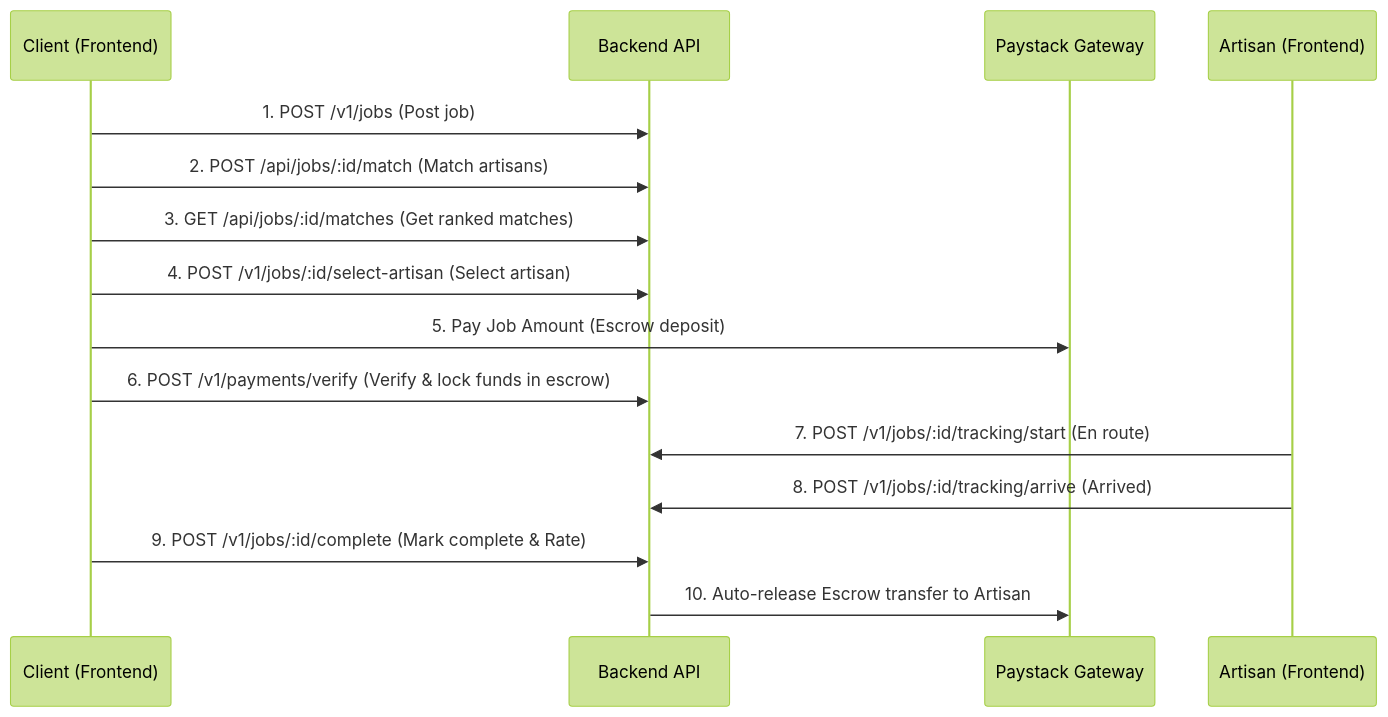
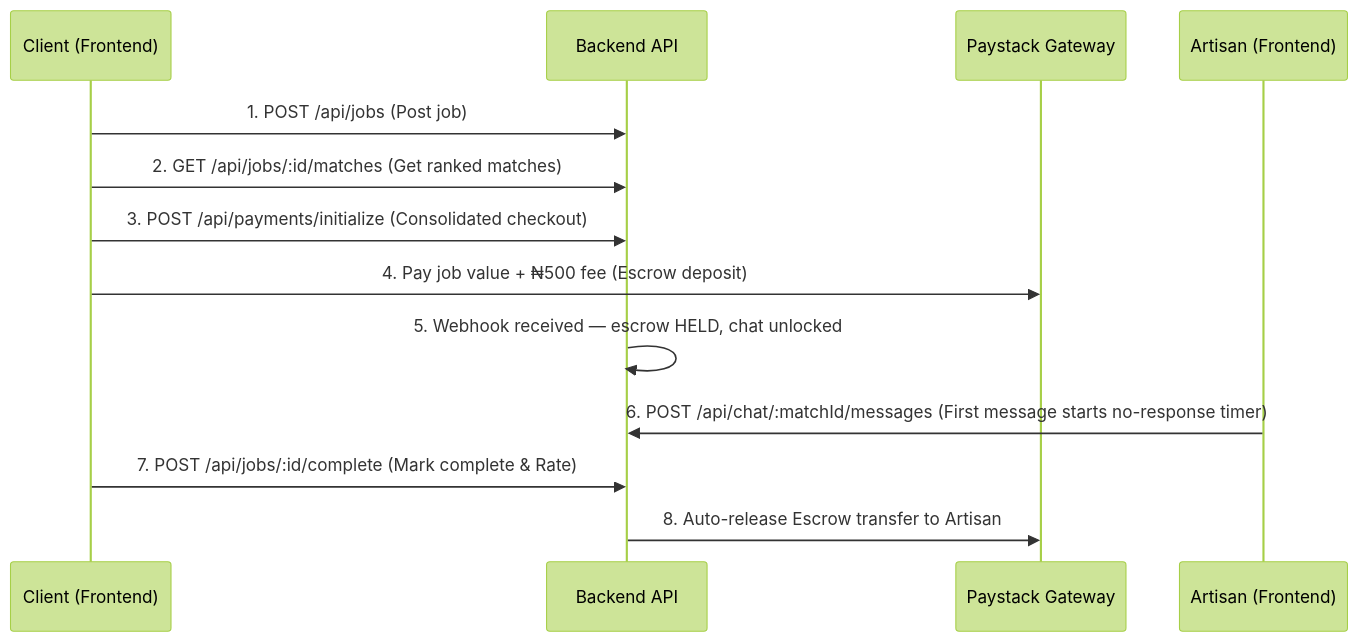
One commit to Vibrano2/artiva changed the diagram in FRONTEND_INTEGRATION_GUIDE.md. Above: the diagram before and after it, drawn with Mermaid (forest theme). The commit also changed other lines of this file, not shown here.

Commit message:
docs: Sync FRONTEND_INTEGRATION_GUIDE.md from backend

````diff
--- a/FRONTEND_INTEGRATION_GUIDE.md
+++ b/FRONTEND_INTEGRATION_GUIDE.md
@@ -148,18 +219,16 @@
 ```mermaid
 sequenceDiagram
     participant Client as Client (Frontend)
     participant Backend as Backend API
     participant Paystack as Paystack Gateway
     participant Artisan as Artisan (Frontend)
 
-    Client->>Backend: 1. POST /v1/jobs (Post job)
-    Client->>Backend: 2. POST /api/jobs/:id/match (Match artisans)
-    Client->>Backend: 3. GET /api/jobs/:id/matches (Get ranked matches)
-    Client->>Backend: 4. POST /v1/jobs/:id/select-artisan (Select artisan)
-    Client->>Paystack: 5. Pay Job Amount (Escrow deposit)
-    Client->>Backend: 6. POST /v1/payments/verify (Verify & lock funds in escrow)
-    Artisan->>Backend: 7. POST /v1/jobs/:id/tracking/start (En route)
-    Artisan->>Backend: 8. POST /v1/jobs/:id/tracking/arrive (Arrived)
-    Client->>Backend: 9. POST /v1/jobs/:id/complete (Mark complete & Rate)
-    Backend->>Paystack: 10. Auto-release Escrow transfer to Artisan
+    Client->>Backend: 1. POST /api/jobs (Post job)
+    Client->>Backend: 2. GET /api/jobs/:id/matches (Get ranked matches)
+    Client->>Backend: 3. POST /api/payments/initialize (Consolidated checkout)
+    Client->>Paystack: 4. Pay job value + ₦500 fee (Escrow deposit)
+    Backend->>Backend: 5. Webhook received — escrow HELD, chat unlocked
+    Artisan->>Backend: 6. POST /api/chat/:matchId/messages (First message starts no-response timer)
+    Client->>Backend: 7. POST /api/jobs/:id/complete (Mark complete & Rate)
+    Backend->>Paystack: 8. Auto-release Escrow transfer to Artisan
 ```
````
